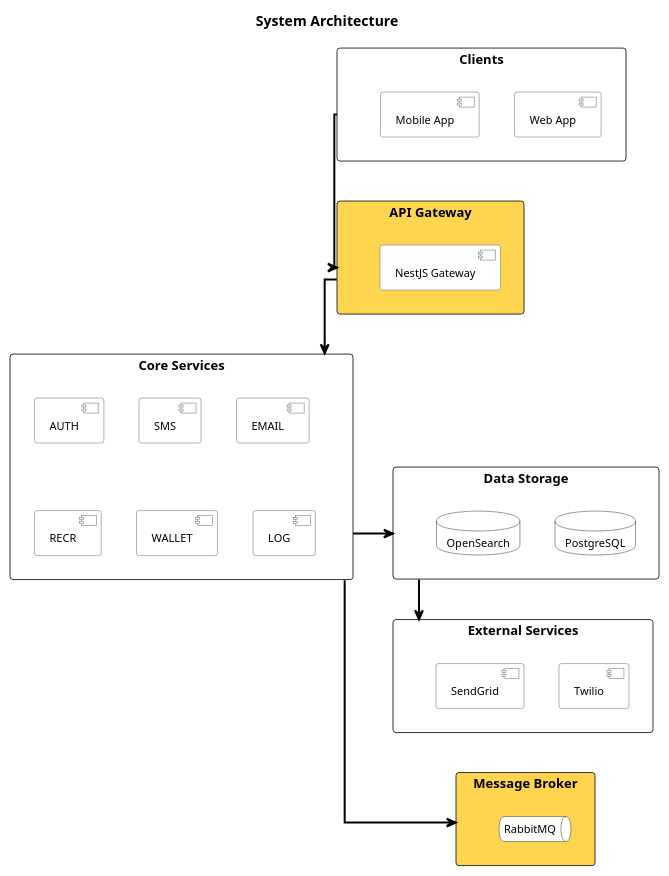
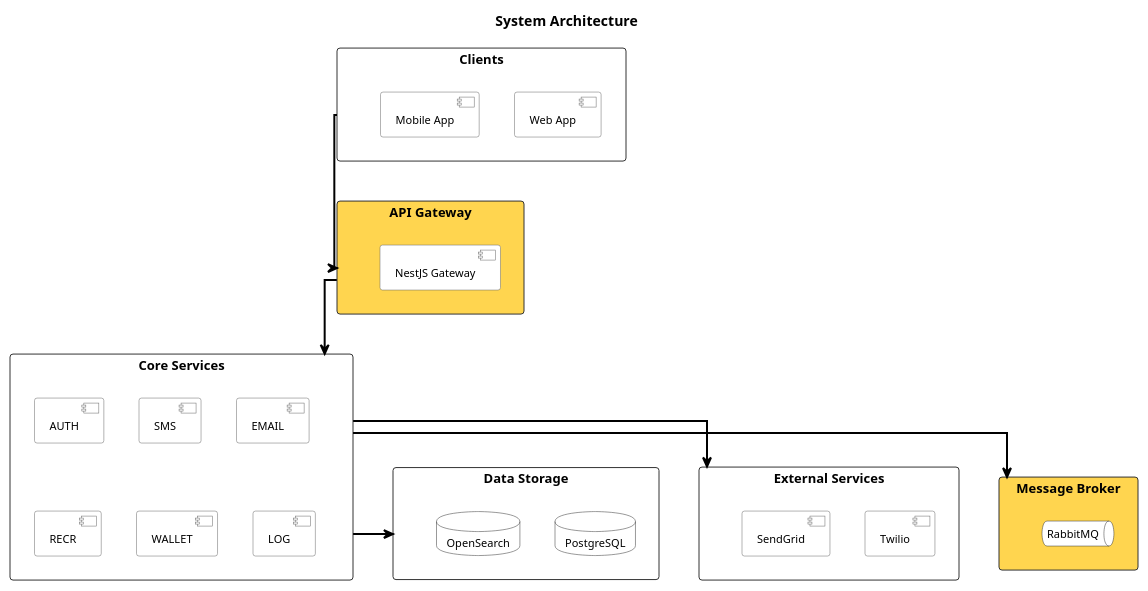
One commit to namnh240795/document changed the diagram in templates/architecture-system.puml. Above: the diagram before and after it, drawn with PlantUML. The commit also changed 2 other files, not shown here.

Commit message:
fix: align Data Storage, External Services, Message Broker on same row

```diff
--- a/templates/architecture-system.puml
+++ b/templates/architecture-system.puml
@@ -1,117 +1,114 @@
 @startuml
 ' ============================================================
 ' System Architecture - Authentication System
-' Straight arrows, Message Broker at bottom
+' Straight arrows, 3 bottom boxes on same row
 ' ============================================================
 
 top to bottom direction
 
 skinparam linetype ortho
 skinparam defaultFontName "Arial"
 skinparam defaultFontSize 12
 
 skinparam rectangle {
   RoundCorner 6
   BorderColor #333333
   FontSize 13
   FontStyle bold
   FontColor #000000
 }
 
 skinparam component {
   BackgroundColor #FFFFFF
   BorderColor #666666
   FontSize 11
   FontColor #000000
 }
 
 skinparam database {
   BackgroundColor #FFFFFF
   BorderColor #333333
   FontSize 11
   FontColor #000000
 }
 
 skinparam queue {
   BackgroundColor #FFFFFF
   BorderColor #333333
   FontSize 11
   FontColor #000000
 }
 
 skinparam arrow {
   Color #000000
   Thickness 2
 }
 
 title System Architecture
 
 ' ============================================================
 ' LAYER 1 - Clients
 ' ============================================================
 rectangle "  Clients  " as clients #FFFFFF {
   component "Web App" as web
   component "Mobile App" as mobile
 }
 
 ' ============================================================
 ' LAYER 2 - Gateway
 ' ============================================================
 rectangle "  API Gateway  " as gw #FFD54F {
   component "NestJS Gateway" as gateway
 }
 
 ' ============================================================
 ' LAYER 3 - Core Services
 ' ============================================================
 rectangle "  Core Services  " as services #FFFFFF {
   component "AUTH" as auth
   component "SMS" as sms
   component "EMAIL" as email
   component "RECR" as recr
   component "WALLET" as wallet
   component "LOG" as log
 }
 
 ' ============================================================
-' LAYER 4 - Data Storage
+' LAYER 4 - Data Storage | External | Message Broker (same row)
 ' ============================================================
 rectangle "  Data Storage  " as storage #FFFFFF {
   database "PostgreSQL" as pg
   database "OpenSearch" as os
 }
 
-' ============================================================
-' LAYER 5 - External Services
-' ============================================================
 rectangle "  External Services  " as external #FFFFFF {
   component "Twilio" as twilio
   component "SendGrid" as sendgrid
 }
 
-' ============================================================
-' LAYER 6 - Message Broker (bottom)
-' ============================================================
 rectangle "  Message Broker  " as broker #FFD54F {
   queue "RabbitMQ" as mq
 }
 
 ' ============================================================
 ' LAYOUT FORCING
 ' ============================================================
+' Vertical flow
 clients -[hidden]down-> gw
 gw -[hidden]down-> services
 services -[hidden]down-> storage
-storage -[hidden]down-> external
-external -[hidden]down-> broker
+
+' Force 3 boxes on same row
+storage -[hidden]right-> external
+external -[hidden]right-> broker
 
 ' ============================================================
 ' CONNECTIONS
 ' ============================================================
 clients -down-> gw
 gw -down-> services
 services -down-> storage
 services -down-> broker
-storage -down-> external
+services -down-> external
 
 @enduml
```
